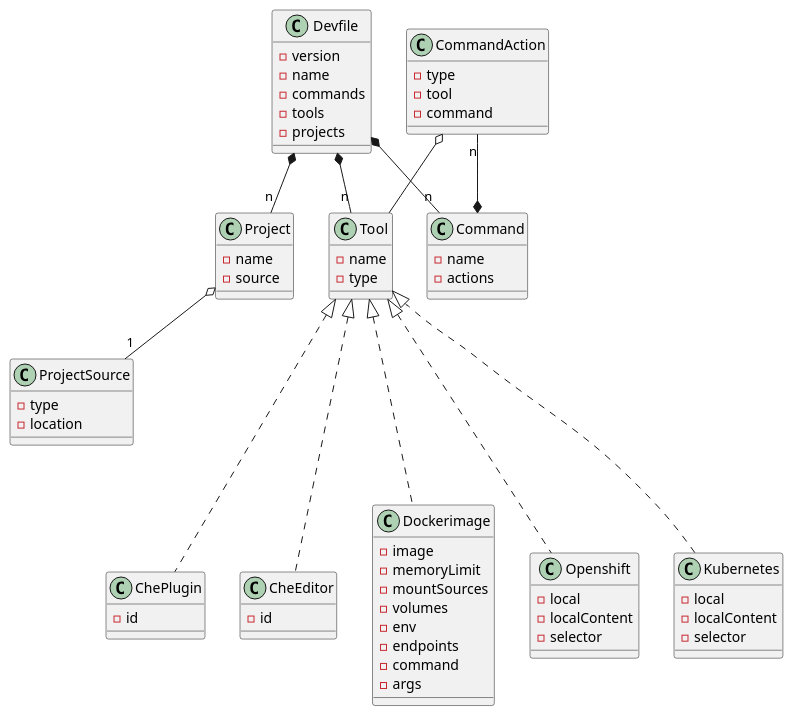
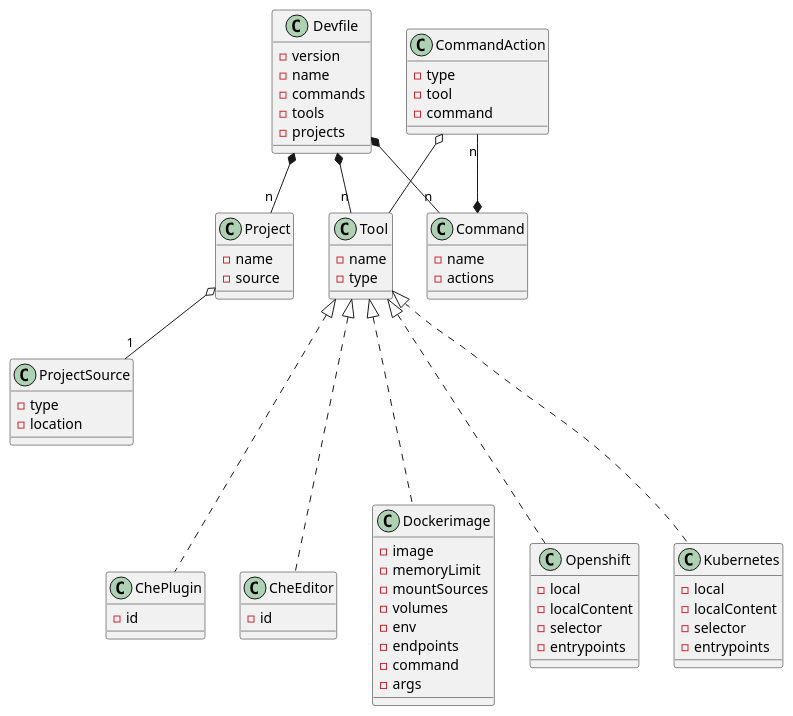
The diagram in devfile.plantuml (redhat-developer/devfile), drawn with PlantUML before and after one commit.

Commit message:
fixup! fixup! Remove outdated and actualize devfile diagrams

```diff
--- a/devfile.plantuml
+++ b/devfile.plantuml
@@ -1,90 +1,92 @@
 @startuml devfile
 
 class Devfile {
   - version
   - name
   - commands
   - tools
   - projects
 }
 
 together {
   class Tool
   class Command
   class Project
 }
 
 Devfile *-- "n" Tool
 Devfile *-- "n" Command
 Devfile *-- "n" Project
 
 class Tool {
     - name
     - type
 }
 
 
 Tool <|-.. Dockerimage
 Tool <|-.. Openshift
 Tool <|-.. Kubernetes
 Tool <|-.. ChePlugin
 Tool <|-.. CheEditor
 
 class Command {
   - name
   - actions
 }
 
 Command *-- "n" CommandAction
 CommandAction o-- Tool
 
 class CommandAction {
   - type
   - tool
   - command
 }
 
 class Project {
   - name
   - source
 }
 
 Project o-- "1" ProjectSource
 
 class ProjectSource {
   - type
   - location
 }
 
 class Dockerimage {
    - image
    - memoryLimit
    - mountSources
    - volumes
    - env
    - endpoints
    - command
    - args
 }
 
 class Openshift {
   - local
   - localContent
   - selector
+  - entrypoints
 }
 
 class Kubernetes {
   - local
   - localContent
   - selector
+  - entrypoints
 }
 
 class ChePlugin {
   - id
 }
 
 class CheEditor {
   - id
 }
 
 @enduml
```
